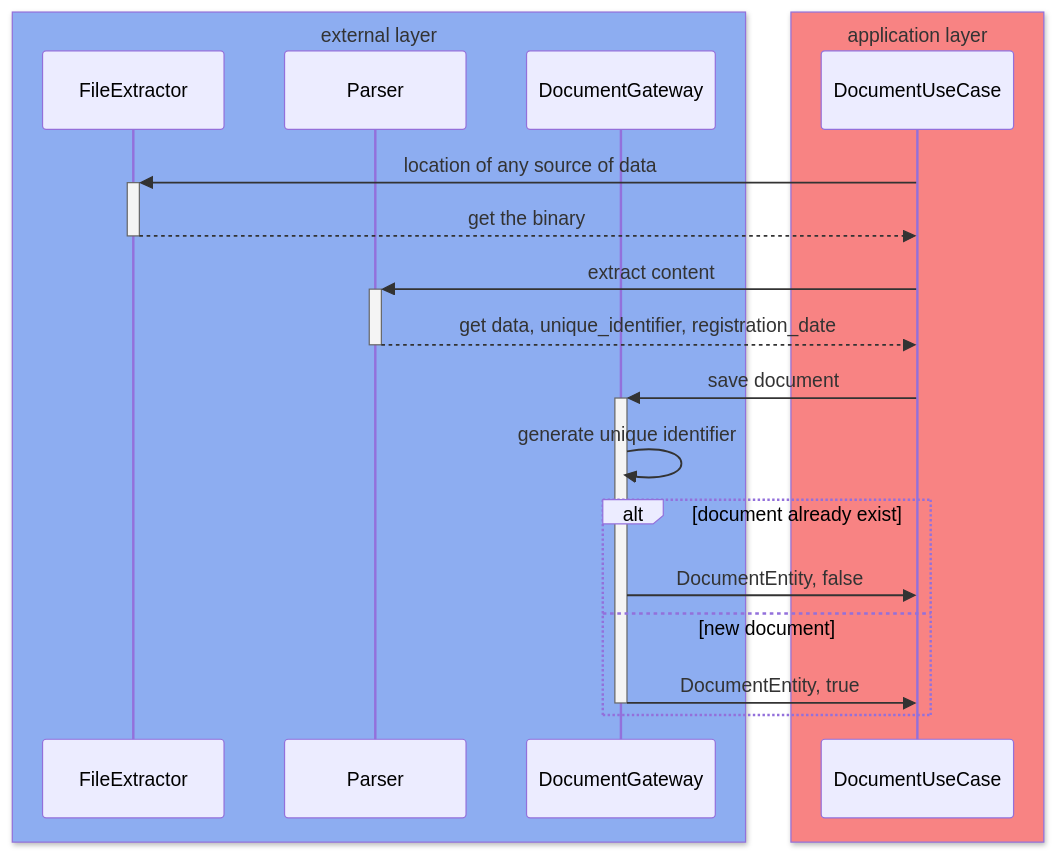
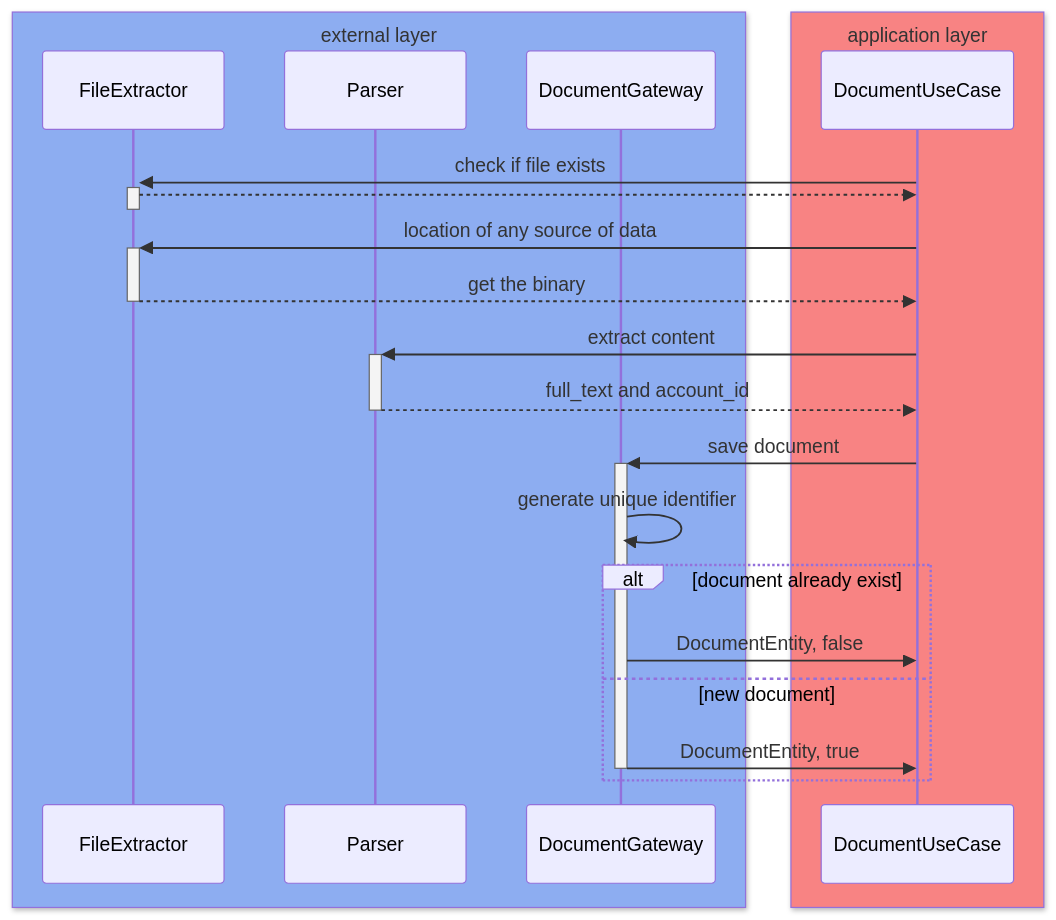
One commit to josueelias9/improving-BCP-organizate changed the first of 2 diagrams in new-service/src/Capplication/README.md. Above: the diagram before and after it, drawn with Mermaid. The commit also changed 8 other files, not shown here.

Commit message:
docs: enhance documentation and diagrams for improved clarity and API design adherence

````diff
--- a/new-service/src/Capplication/README.md
+++ b/new-service/src/Capplication/README.md
@@ -3,28 +3,31 @@
 ```mermaid
 sequenceDiagram
     box rgb(141, 173, 241) external layer
     participant FileExtractor
     participant Parser
     participant DocumentGateway
     end
 
     box rgb(248, 131, 131) application layer
     participant DocumentUseCase
     end
+
+    DocumentUseCase->>+FileExtractor: check if file exists
+    FileExtractor-->>-DocumentUseCase: 
     
     DocumentUseCase->>+FileExtractor: location of any source of data
     FileExtractor-->>-DocumentUseCase: get the binary
 
     DocumentUseCase->>+Parser: extract content
-    Parser-->>-DocumentUseCase: get data, unique_identifier, registration_date
+    Parser-->>-DocumentUseCase: full_text and account_id
 
     DocumentUseCase->>+DocumentGateway: save document
     DocumentGateway->>DocumentGateway: generate unique identifier
     alt document already exist
     DocumentGateway->>DocumentUseCase: DocumentEntity, false
     else new document
     DocumentGateway->>-DocumentUseCase: DocumentEntity, true
 
     end
 
 ```
````
